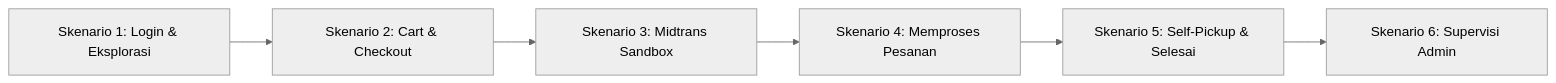
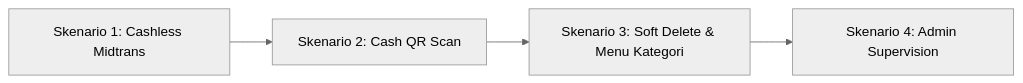
Before and after one commit to Hnzsama/smart_canteen: the diagram in docs/11-demo-scenarios.md, drawn with Mermaid (neutral theme). The commit also changed other lines of this file and 190 other files, not shown here.

Commit message:
feat: complete project architecture, dual payment engine (cashless & cash QR scan), soft deletes, and full laravel codebase

````diff
--- a/docs/11-demo-scenarios.md
+++ b/docs/11-demo-scenarios.md
@@ -9,8 +9,6 @@
 ```mermaid
 flowchart LR
-    S1[Skenario 1: Login & Eksplorasi] --> S2[Skenario 2: Cart & Checkout]
-    S2 --> S3[Skenario 3: Midtrans Sandbox]
-    S3 --> S4[Skenario 4: Memproses Pesanan]
-    S4 --> S5[Skenario 5: Self-Pickup & Selesai]
-    S5 --> S6[Skenario 6: Supervisi Admin]
+    S1[Skenario 1: Cashless Midtrans] --> S2[Skenario 2: Cash QR Scan]
+    S2 --> S3[Skenario 3: Soft Delete & Menu Kategori]
+    S3 --> S4[Skenario 4: Admin Supervision]
 ```
````
